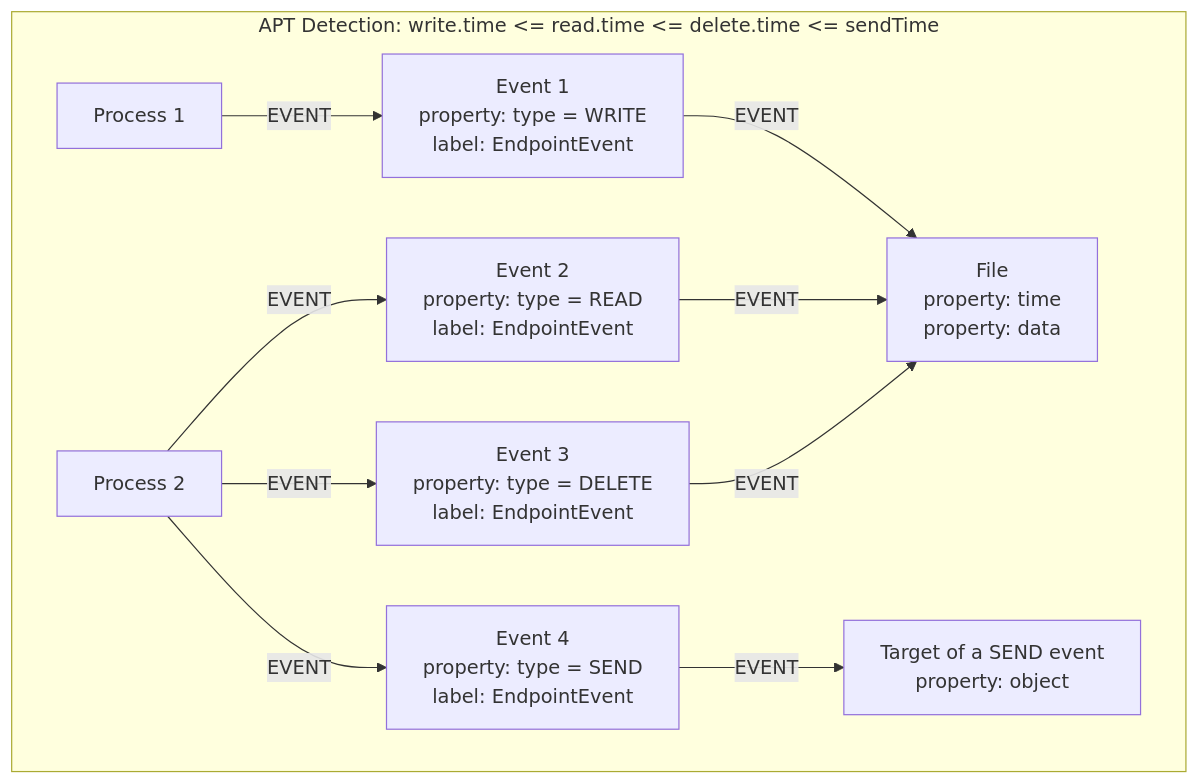
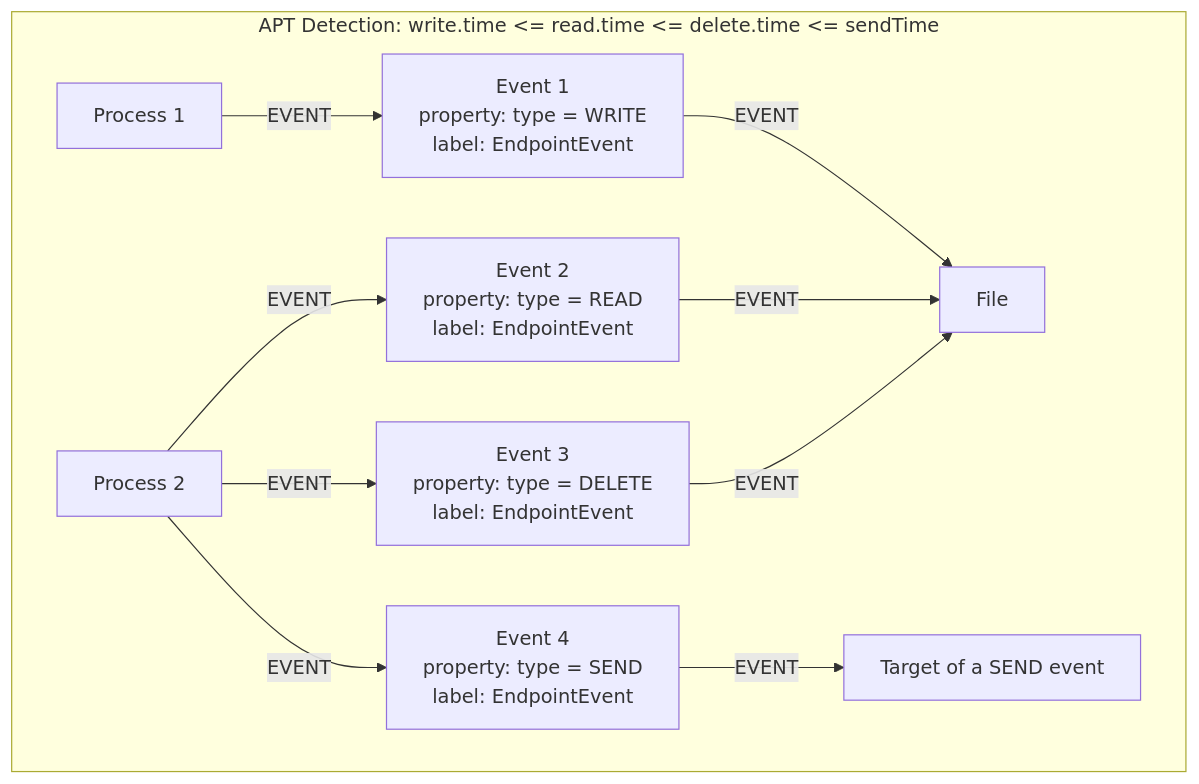
The diagram in src/test/scala/andy42/graph/sample/aptdetection/apt-detection.md (Andy-42/graph2), drawn with Mermaid before and after one commit. The commit also changed 4 other files, not shown here.

````diff
--- a/src/test/scala/andy42/graph/sample/aptdetection/apt-detection.md
+++ b/src/test/scala/andy42/graph/sample/aptdetection/apt-detection.md
@@ -50,21 +50,21 @@
 ```mermaid
 flowchart TD
 subgraph Subgraph["APT Detection: write.time <= read.time <= delete.time <= sendTime"]
-ip[Target of a SEND event\nproperty: object]
+ip[Target of a SEND event]
 e1[Event 1\nproperty: type = WRITE\nlabel: EndpointEvent]
-f[File\nproperty: time\nproperty: data]
+f[File]
 e4[Event 4\nproperty: type = SEND\nlabel: EndpointEvent]
 e3[Event 3\nproperty: type = DELETE\nlabel: EndpointEvent]
 p2[Process 2]
 e2[Event 2\nproperty: type = READ\nlabel: EndpointEvent]
 p1[Process 1]
 p1 --> |EVENT| e1
 e1 --> |EVENT| f
 p2 --> |EVENT| e2
 e2 --> |EVENT| f
 p2 --> |EVENT| e3
 e3 --> |EVENT| f
 p2 --> |EVENT| e4
 e4 --> |EVENT| ip
 end
 ```
````
